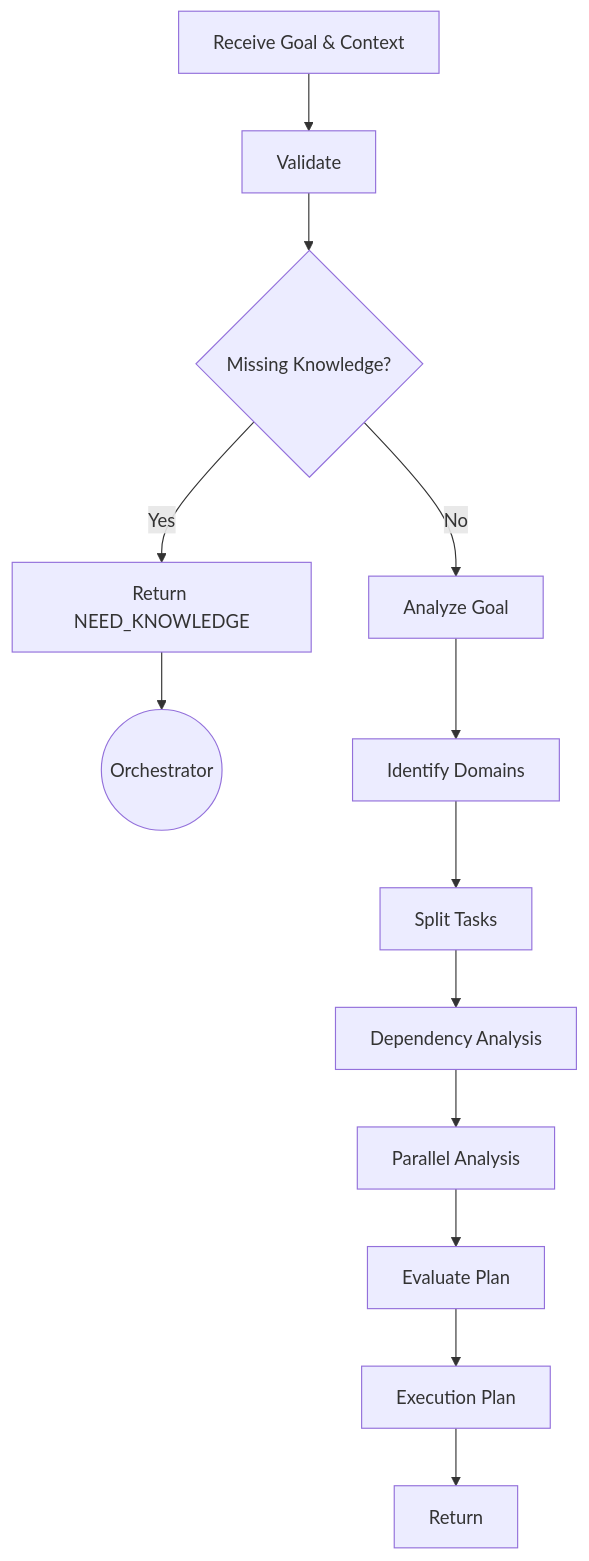
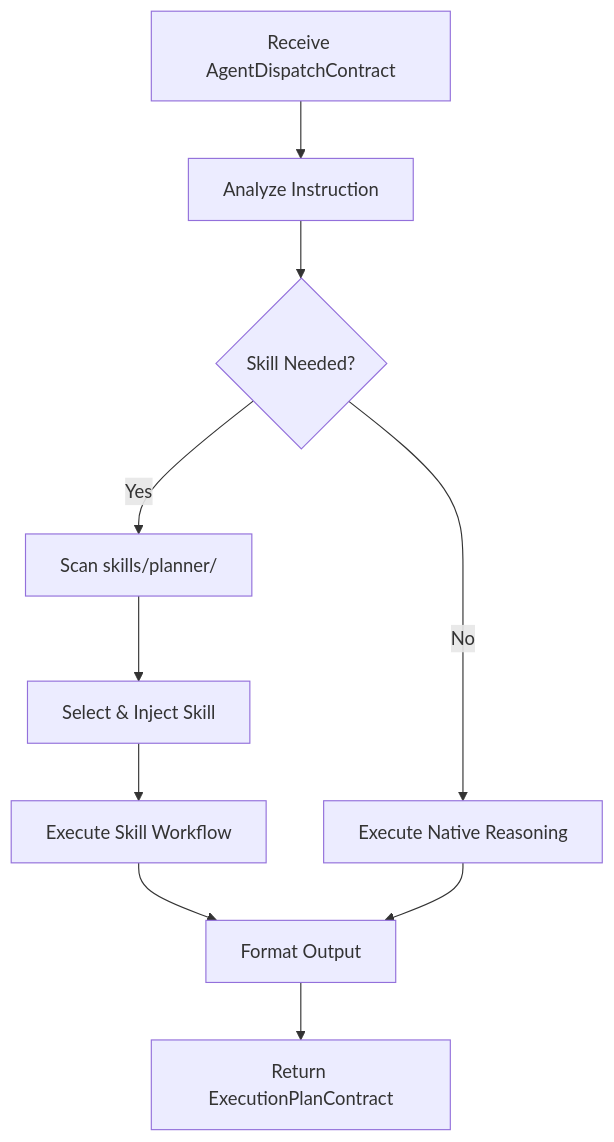
The diagram in agents/planner/AGENT.md (Nozs002/Agentic-Work), drawn with Mermaid before and after one commit. The commit also changed other lines of this file and 2 other files, not shown here.

Commit message:
feat(planner): implement autonomous skill selection and link policies to task-decomposition

````diff
--- a/agents/planner/AGENT.md
+++ b/agents/planner/AGENT.md
@@ -98,15 +98,12 @@
 ```mermaid
 flowchart TD
-    A[Receive Goal & Context] --> B[Validate]
-    B --> C{Missing Knowledge?}
-    C -- Yes --> D[Return NEED_KNOWLEDGE]
-    D --> O((Orchestrator))
-    C -- No --> F[Analyze Goal]
-    F --> G[Identify Domains]
-    G --> H[Split Tasks]
-    H --> I[Dependency Analysis]
-    I --> J[Parallel Analysis]
-    J --> K[Evaluate Plan]
-    K --> M[Execution Plan]
-    M --> N[Return]
+    A[Receive AgentDispatchContract] --> B[Analyze Instruction]
+    B --> C{Skill Needed?}
+    C -- Yes --> D[Scan skills/planner/]
+    D --> E[Select & Inject Skill]
+    E --> F[Execute Skill Workflow]
+    C -- No --> G[Execute Native Reasoning]
+    F --> H[Format Output]
+    G --> H
+    H --> I[Return ExecutionPlanContract]
 ```
````
